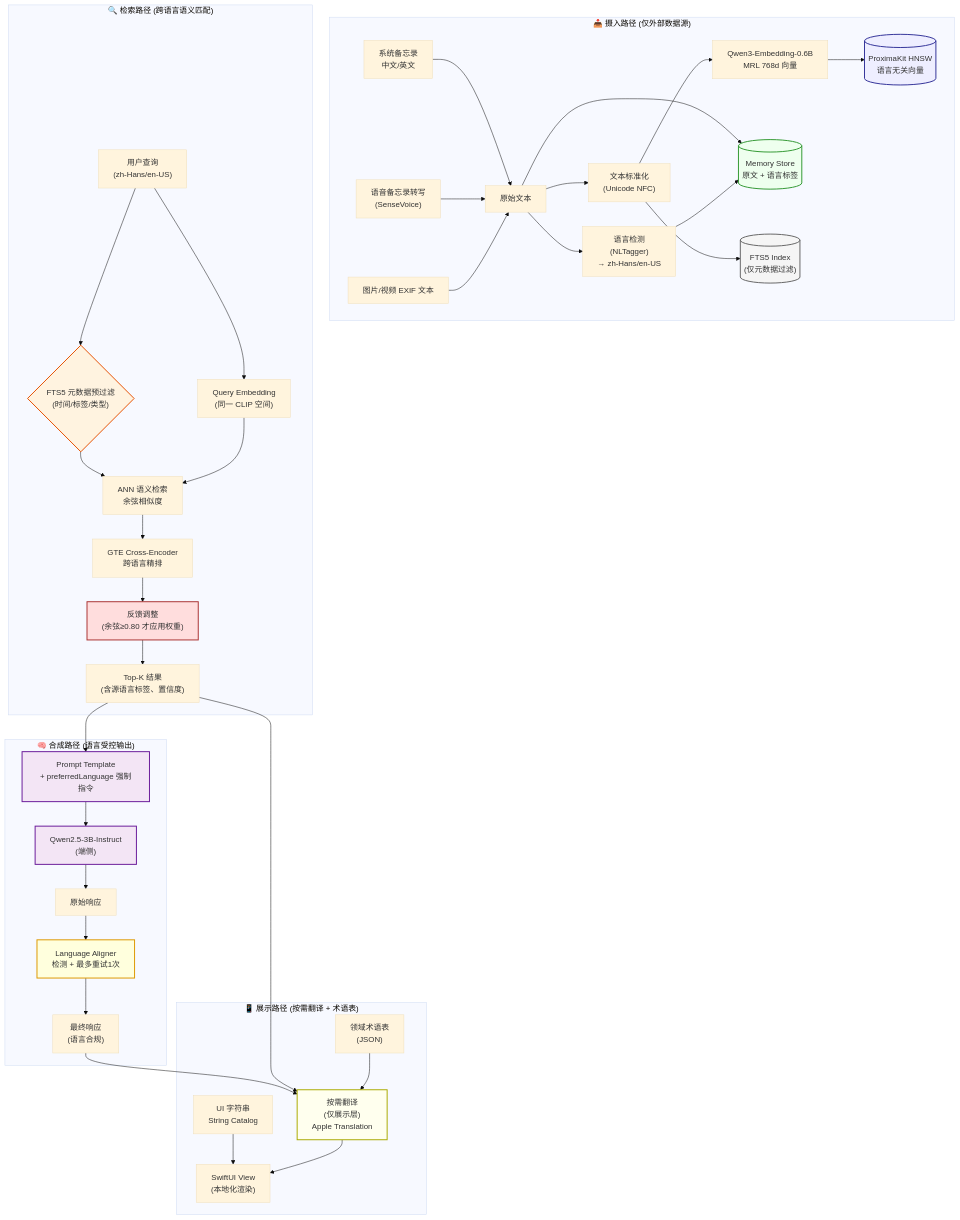
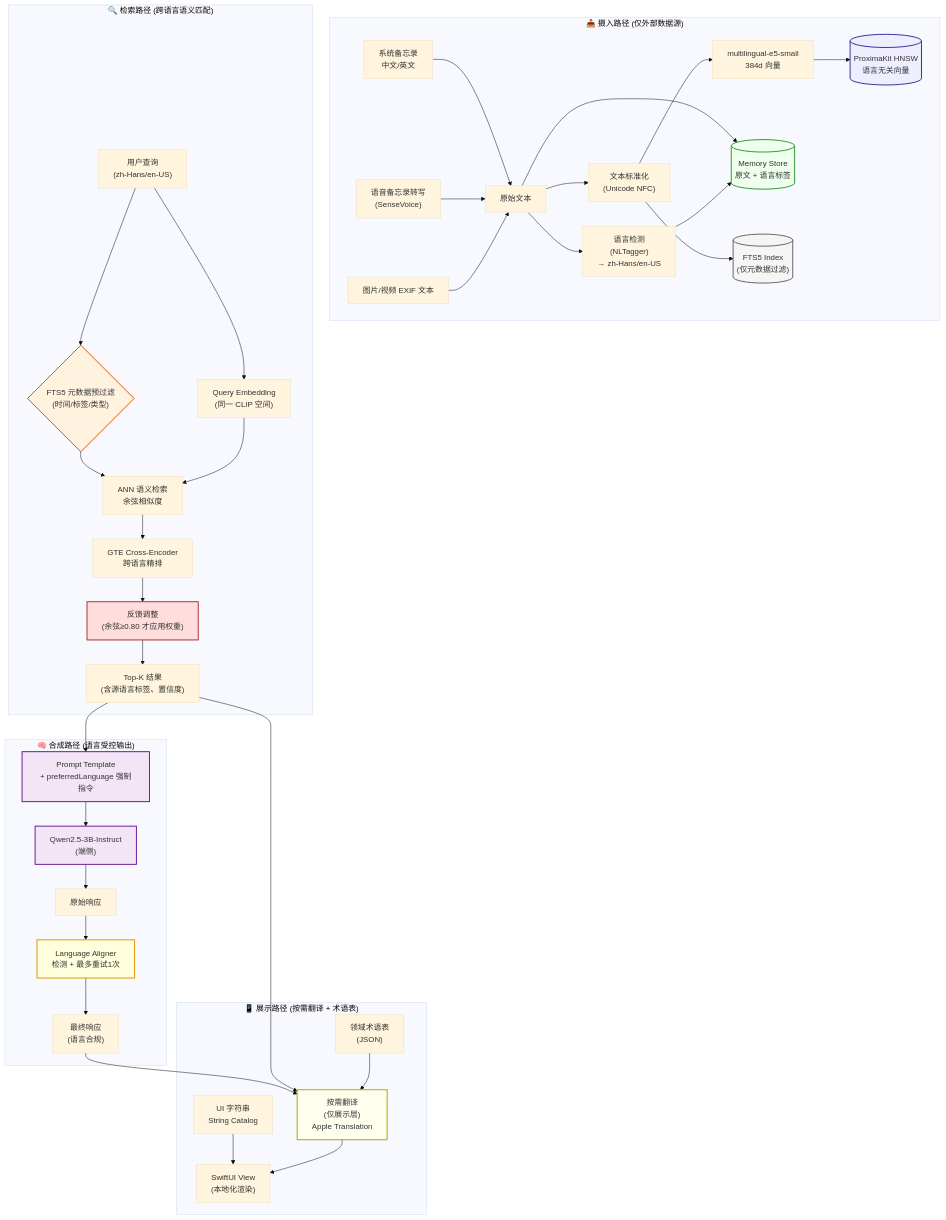
One commit to logan-suu/Echo changed the first of 3 diagrams in docs/03-implementation/双语言实现说明文档.md. Above: the diagram before and after it, drawn with Mermaid (base theme). The commit also changed other lines of this file and 4 other files, not shown here.

```diff
--- a/docs/03-implementation/双语言实现说明文档.md
+++ b/docs/03-implementation/双语言实现说明文档.md
@@ -52,7 +52,7 @@
         RawText["原始文本"]
         LangDetect["语言检测<br/>(NLTagger)<br/>→ zh-Hans/en-US"]
         Normalize["文本标准化<br/>(Unicode NFC)"]
-        Embed["Qwen3-Embedding-0.6B<br/>MRL 768d 向量"]
+        Embed["multilingual-e5-small<br/>384d 向量"]
         VecStore[("ProximaKit HNSW<br/>语言无关向量")]
         MemStore[("Memory Store<br/>原文 + 语言标签")]
         FTSIndex[("FTS5 Index<br/>(仅元数据过滤)")]
```
